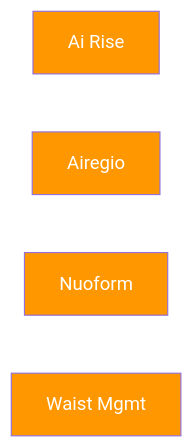
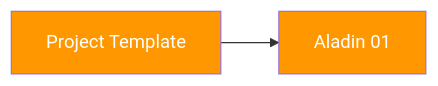
Before and after one commit to Katty-Fashion/kf-cpto: the diagram in docs/dependency-graph.md, drawn with Mermaid. The commit also changed other lines of this file and 5 other files, not shown here.

````diff
--- a/docs/dependency-graph.md
+++ b/docs/dependency-graph.md
@@ -10,11 +10,10 @@
 ```mermaid
 graph LR
-    ai-rise[Ai Rise]:::internal
-    airegio[Airegio]:::internal
-    nuoform[Nuoform]:::internal
-    waist-mgmt[Waist Mgmt]:::internal
+    Aladin-01[Aladin 01]:::internal
+    project-template[Project Template]:::internal
+    project-template --> Aladin-01
 
     classDef saas fill:#4CAF50,color:#fff
     classDef eu fill:#2196F3,color:#fff
     classDef internal fill:#FF9800,color:#fff
 ```
````
